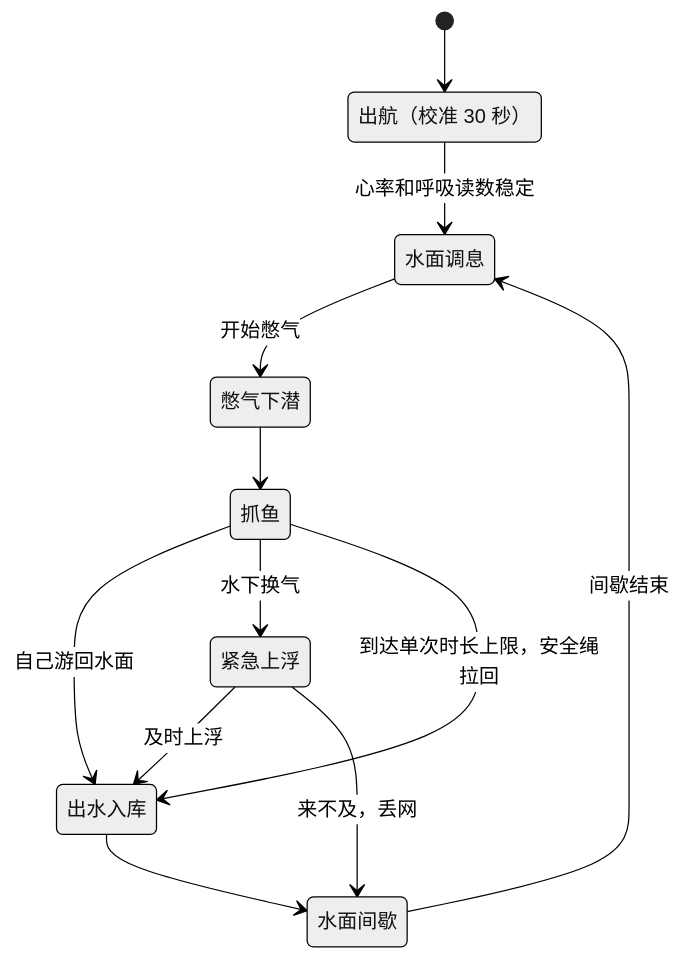
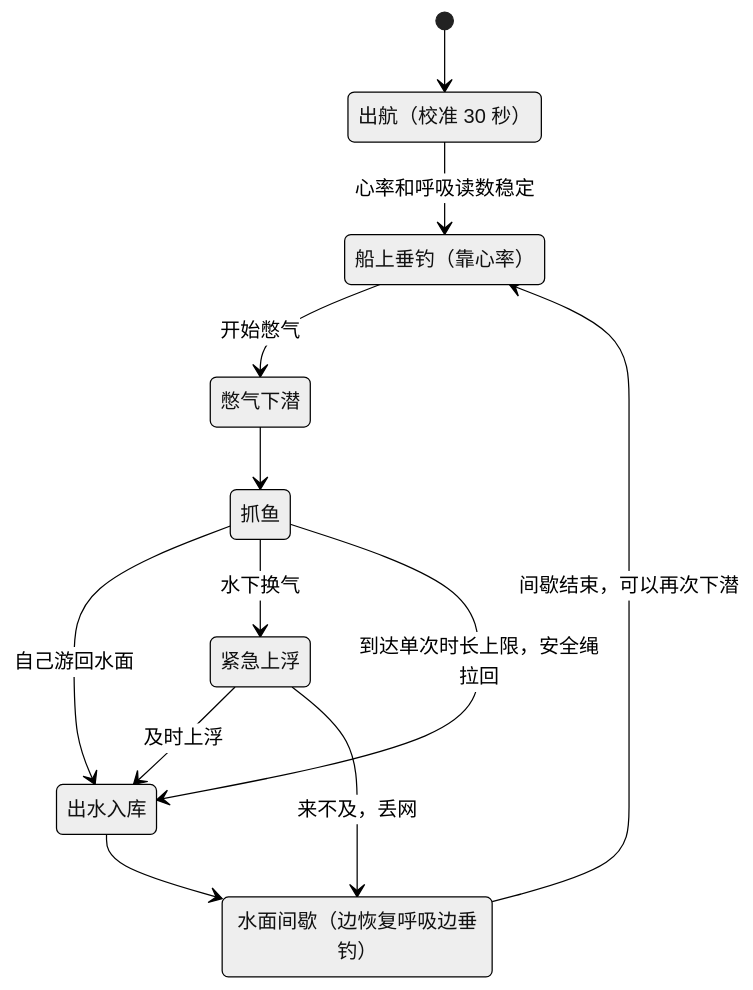
Before and after one commit to Breathless-Game/Breathless: the diagram in design/game-design-document.md, drawn with Mermaid (neutral theme). The commit also changed other lines of this file, not shown here.

````diff
--- a/design/game-design-document.md
+++ b/design/game-design-document.md
@@ -28,22 +29,22 @@
 ```mermaid
 stateDiagram-v2
     state "出航（校准 30 秒）" as Calib
-    state "水面调息" as Surface
+    state "船上垂钓（靠心率）" as Surface
     state "憋气下潜" as Dive
     state "抓鱼" as Catch
     state "紧急上浮" as Emergency
     state "出水入库" as Bank
-    state "水面间歇" as Rest
+    state "水面间歇（边恢复呼吸边垂钓）" as Rest
 
     [*] --> Calib
     Calib --> Surface: 心率和呼吸读数稳定
     Surface --> Dive: 开始憋气
     Dive --> Catch
     Catch --> Bank: 自己游回水面
     Catch --> Emergency: 水下换气
     Catch --> Bank: 到达单次时长上限，安全绳拉回
     Emergency --> Bank: 及时上浮
     Emergency --> Rest: 来不及，丢网
     Bank --> Rest
-    Rest --> Surface: 间歇结束
+    Rest --> Surface: 间歇结束，可以再次下潜
 ```
````
